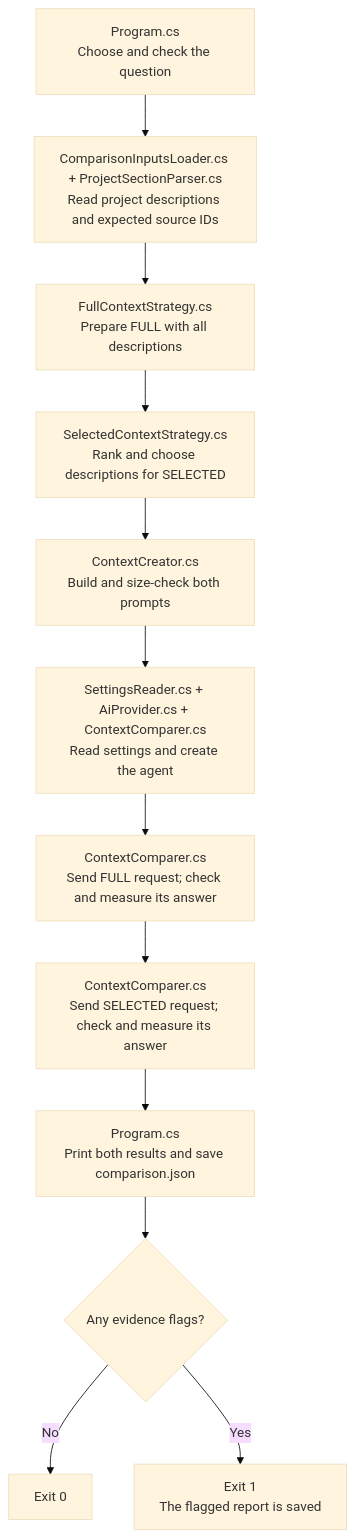
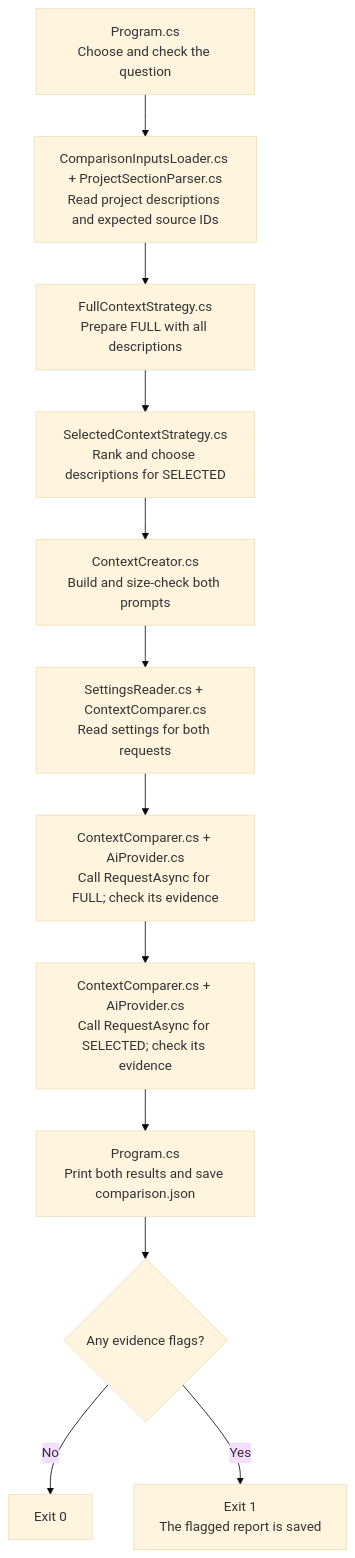
One commit to KhosroPakmanesh/ai-engineering-training changed the diagram in 03-context-engineering/context-engineering/README.md. Above: the diagram before and after it, drawn with Mermaid (base theme). The commit also changed other lines of this file and 53 other files, not shown here.

Commit message:
Centralize AI requests behind the shared provider facade

````diff
--- a/03-context-engineering/context-engineering/README.md
+++ b/03-context-engineering/context-engineering/README.md
@@ -16,14 +16,14 @@
 ```mermaid
 flowchart TD
     A["Program.cs<br/>Choose and check the question"] --> B["ComparisonInputsLoader.cs + ProjectSectionParser.cs<br/>Read project descriptions and expected source IDs"]
     B --> C["FullContextStrategy.cs<br/>Prepare FULL with all descriptions"]
     C --> S["SelectedContextStrategy.cs<br/>Rank and choose descriptions for SELECTED"]
     S --> D["ContextCreator.cs<br/>Build and size-check both prompts"]
-    D --> E["SettingsReader.cs + AiProvider.cs + ContextComparer.cs<br/>Read settings and create the agent"]
-    E --> F["ContextComparer.cs<br/>Send FULL request; check and measure its answer"]
-    F --> G["ContextComparer.cs<br/>Send SELECTED request; check and measure its answer"]
+    D --> E["SettingsReader.cs + ContextComparer.cs<br/>Read settings for both requests"]
+    E --> F["ContextComparer.cs + AiProvider.cs<br/>Call RequestAsync for FULL; check its evidence"]
+    F --> G["ContextComparer.cs + AiProvider.cs<br/>Call RequestAsync for SELECTED; check its evidence"]
     G --> H["Program.cs<br/>Print both results and save comparison.json"]
     H --> I{"Any evidence flags?"}
     I -->|No| J["Exit 0"]
     I -->|Yes| K["Exit 1<br/>The flagged report is saved"]
 ```
````
